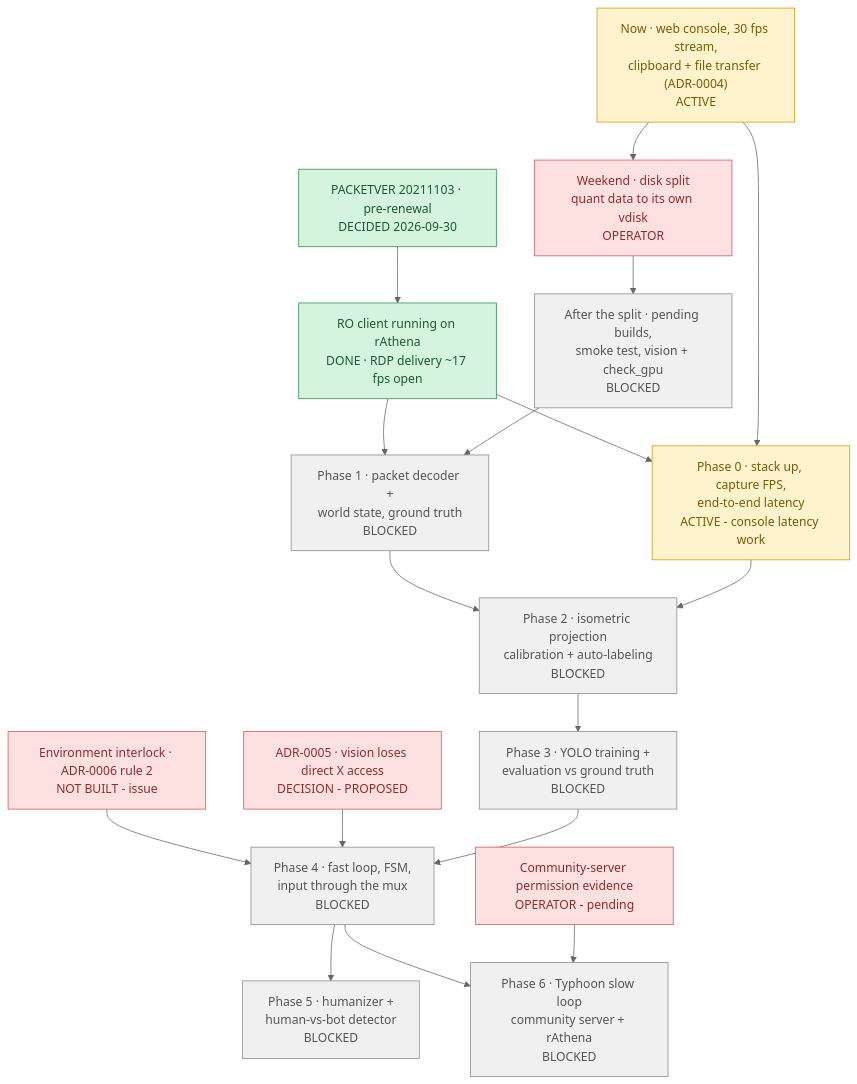
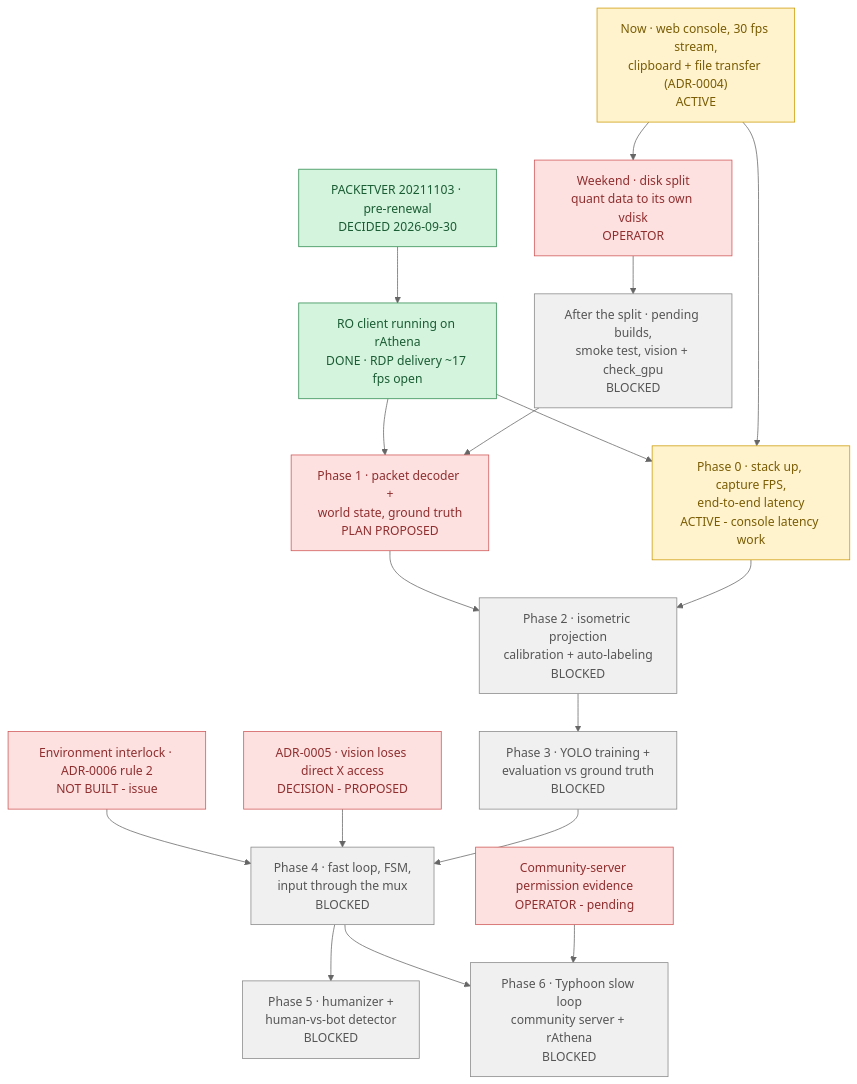
Before and after one commit to lumduan/poring-lab: the diagram in docs/ROADMAP.md, drawn with Mermaid (neutral theme). The commit also changed other lines of this file and 1 other file, not shown here.

Commit message:
docs: English UI strings on the rAthena client; ROADMAP Phase 1 plan status
- rathena-client.md: the three ROenglishRE files (commit 8e6a3c85, git blobs verified, SHA-256
  recorded) in client\data\ via DataFolderFirst. WARP's read-only "Extract msgstringtable" on
  the unpatched exe gives 3,970 entries = ROenglishRE's 3,970. Frames: "NO MSG" gone, chat tabs
  English; Thai chat still byte-exact in chatlog (row 2 == cp874). Settings-log row + revert.
- ROADMAP: RO client row (UI text applied, CPU protection, RDP ceiling is client decode per the
  RemoteFX counters); Phase 1 = PLAN PROPOSED (phase1-plan.md + ADR-0007). Mermaid re-verified.

Claude-Session: https://claude.ai/code/session_01HhaSQEF7ksdHyxgmJatUxT

````diff
--- a/docs/ROADMAP.md
+++ b/docs/ROADMAP.md
@@ -11,45 +11,45 @@
 ```mermaid
 flowchart TD
     N1["Now · web console, 30 fps stream,<br/>clipboard + file transfer (ADR-0004)<br/>ACTIVE"]
     N2["Weekend · disk split<br/>quant data to its own vdisk<br/>OPERATOR"]
     N3["After the split · pending builds,<br/>smoke test, vision + check_gpu<br/>BLOCKED"]
     D1["PACKETVER 20211103 · pre-renewal<br/>DECIDED 2026-09-30"]
     S1["RO client running on rAthena<br/>DONE · RDP delivery ~17 fps open"]
     D2["ADR-0005 · vision loses direct X access<br/>DECISION - PROPOSED"]
     D3["Environment interlock · ADR-0006 rule 2<br/>NOT BUILT - issue"]
     E1["Community-server permission evidence<br/>OPERATOR - pending"]
     P0["Phase 0 · stack up, capture FPS,<br/>end-to-end latency<br/>ACTIVE - console latency work"]
-    P1["Phase 1 · packet decoder +<br/>world state, ground truth<br/>BLOCKED"]
+    P1["Phase 1 · packet decoder +<br/>world state, ground truth<br/>PLAN PROPOSED"]
     P2["Phase 2 · isometric projection<br/>calibration + auto-labeling<br/>BLOCKED"]
     P3["Phase 3 · YOLO training +<br/>evaluation vs ground truth<br/>BLOCKED"]
     P4["Phase 4 · fast loop, FSM,<br/>input through the mux<br/>BLOCKED"]
     P5["Phase 5 · humanizer +<br/>human-vs-bot detector<br/>BLOCKED"]
     P6["Phase 6 · Typhoon slow loop<br/>community server + rAthena<br/>BLOCKED"]
 
     N1 --> N2 --> N3
     N3 --> P1
     D1 --> S1
     N1 --> P0
     S1 --> P0
     S1 --> P1
     P0 --> P2
     P1 --> P2
     P2 --> P3 --> P4
     D2 --> P4
     D3 --> P4
     E1 --> P6
     P4 --> P5
     P4 --> P6
 
     classDef done     fill:#d4f4dd,stroke:#2d8a4e,color:#1a5c33
     classDef active   fill:#fff3cd,stroke:#cc9a06,color:#7a5c04
     classDef ready    fill:#d6e9ff,stroke:#3b7dd8,color:#1e4d8f
     classDef blocked  fill:#f0f0f0,stroke:#888,color:#555
     classDef decision fill:#fde0e0,stroke:#d05555,color:#8f2e2e
     classDef goal     fill:#ede0fb,stroke:#8a5cd8,color:#4d2e8f
 
     class D1,S1 done
     class N1,P0 active
-    class N2,D2,D3,E1 decision
-    class N3,P1,P2,P3,P4,P5,P6 blocked
+    class N2,D2,D3,E1,P1 decision
+    class N3,P2,P3,P4,P5,P6 blocked
 ```
````
